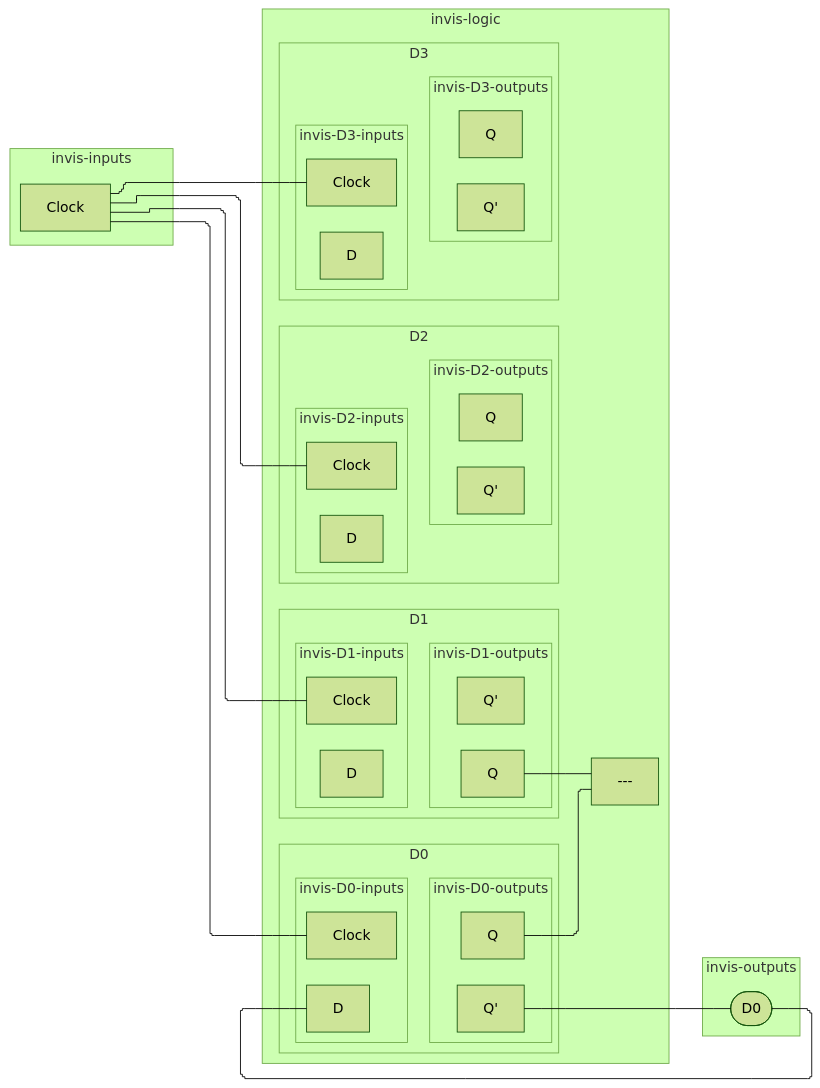
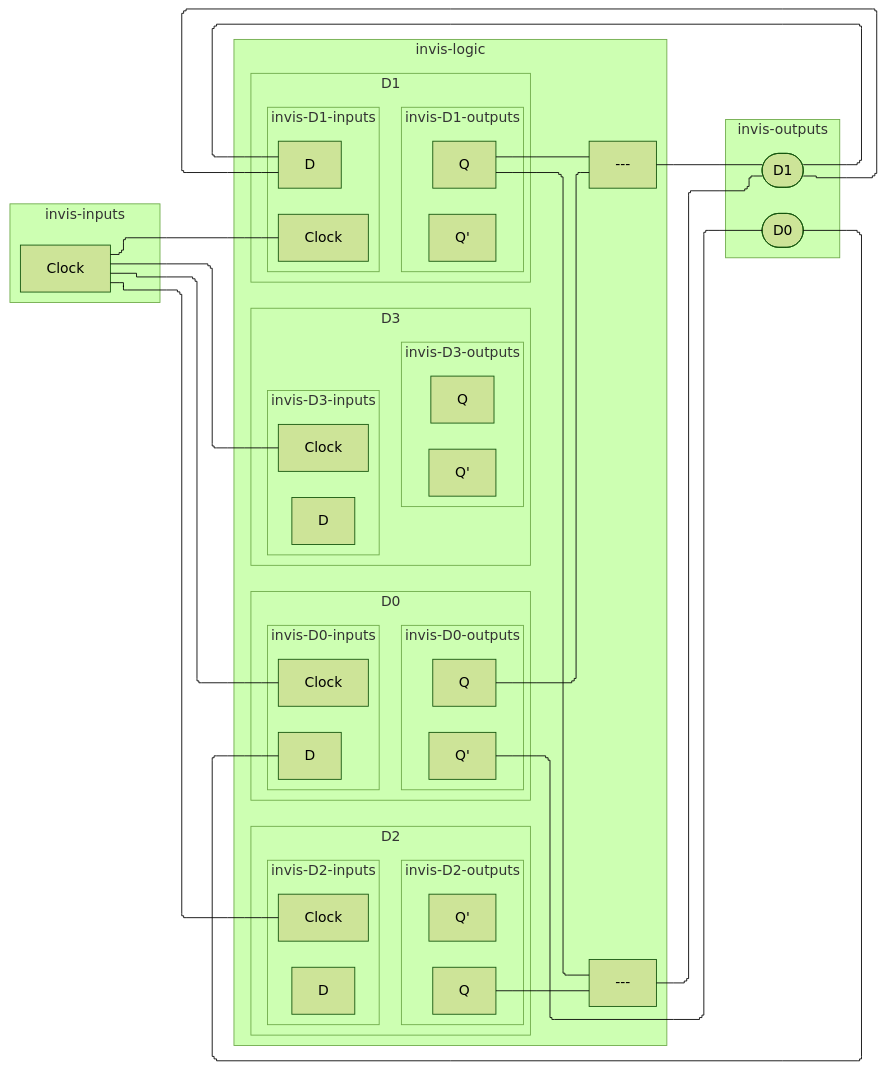
One commit to tnichols217/notes changed the sixth of 6 diagrams in CSDS 281 - Logic Design/HW/8/Tables.md. Above: the diagram before and after it, drawn with Mermaid (forest theme).

Commit message:
vault backup: 2024-04-05 00:27:51

````diff
--- a/CSDS 281 - Logic Design/HW/8/Tables.md
+++ b/CSDS 281 - Logic Design/HW/8/Tables.md
@@ -249,64 +249,68 @@
 ```mermaid
 %%{ init: { 'flowchart': { 'curve': 'stepBefore', "defaultRenderer": "elk" } } }%%
 flowchart LR
 subgraph invis-inputs
 	Clock
 end
 subgraph invis-logic
 	subgraph D0
 		subgraph invis-D0-inputs
 			D0i[D]
 			D0c[Clock]
 		end
 		Clock --- D0c
 		subgraph invis-D0-outputs
 			Q0[Q]
 			Q0P[Q']
 		end
 		invis-D0-inputs ~~~ invis-D0-outputs
 	end
 	subgraph D1
 		subgraph invis-D1-inputs
 			D1i[D]
 			D1c[Clock]
 		end
 		Clock --- D1c
 		subgraph invis-D1-outputs
 			Q1[Q]
 			Q1P[Q']
 		end
 		invis-D1-inputs ~~~ invis-D1-outputs
 	end
 	subgraph D2
 		subgraph invis-D2-inputs
 			D2i[D]
 			D2c[Clock]
 		end
 		Clock --- D2c
 		subgraph invis-D2-outputs
 			Q2[Q]
 			Q2P[Q']
 		end
 		invis-D2-inputs ~~~ invis-D2-outputs
 	end
 	subgraph D3
 		subgraph invis-D3-inputs
 			D3i[D]
 			D3c[Clock]
 		end
 		Clock --- D3c
 		subgraph invis-D3-outputs
 			Q3[Q]
 			Q3P[Q']
 		end
 		invis-D3-inputs ~~~ invis-D3-outputs
 	end
 	Q0 & Q1 --- xor1[---]
+	Q1 & Q2 --- xor2[---]
 end
 subgraph invis-outputs
 	Q0P --- D0ii([D0])
 	D0ii --- D0i
-	
+	xor1 --- D1ii([D1])
+	D1ii --- D1i
+	xor2 --- D1ii([D1])
+	D1ii --- D1i
 end
 invis-inputs ~~~ invis-logic ~~~ invis-outputs
 ```
````
